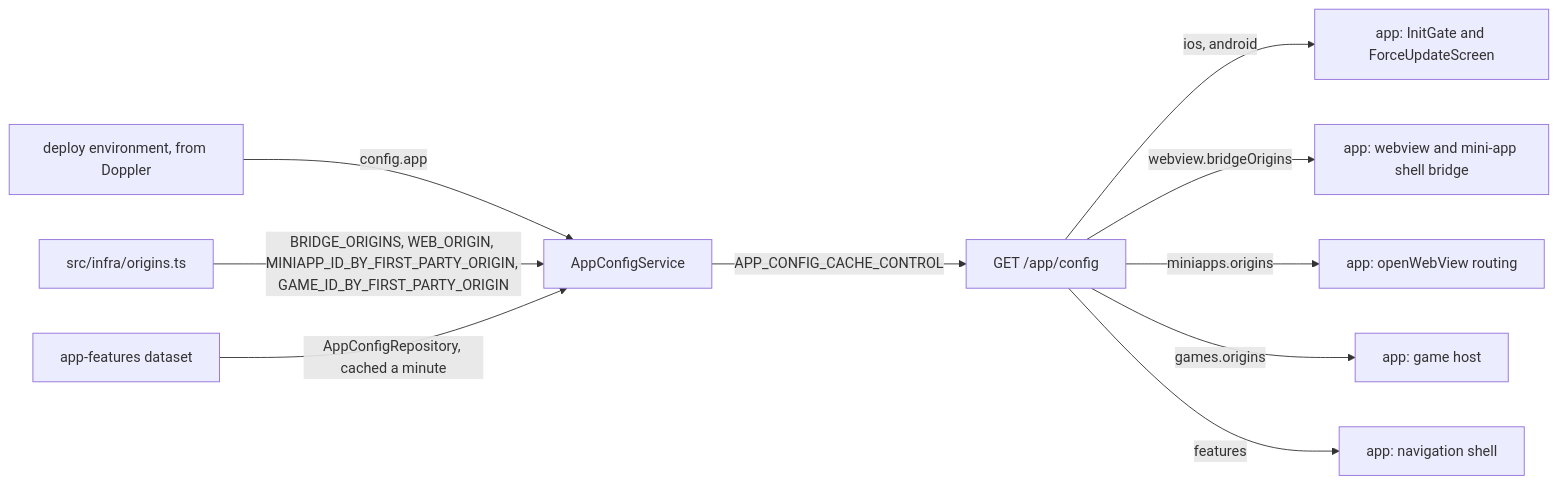
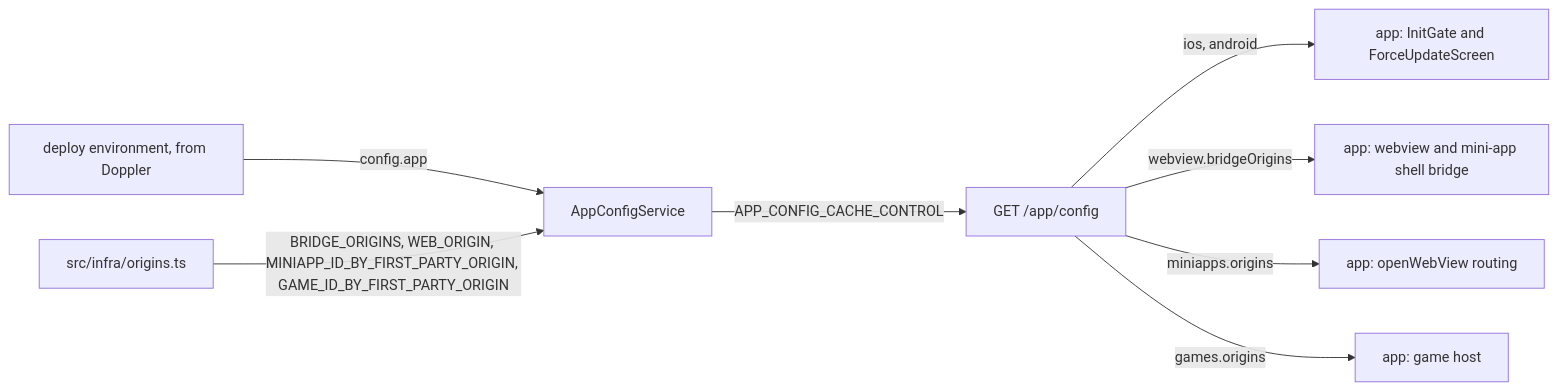
One commit to skkuverse/skkuverse-server changed the diagram in docs/explanation/app-config-architecture.md. Above: the diagram before and after it, drawn with Mermaid. The commit also changed other lines of this file and 22 other files, not shown here.

Commit message:
feat(app-config)!: retire the sharedMapShell kill switch and stop serving features

````diff
--- a/docs/explanation/app-config-architecture.md
+++ b/docs/explanation/app-config-architecture.md
@@ -42,12 +40,10 @@
 ```mermaid
 flowchart LR
   env["deploy environment, from Doppler"] -->|config.app| svc["AppConfigService"]
   origins["src/infra/origins.ts"] -->|BRIDGE_ORIGINS, WEB_ORIGIN, MINIAPP_ID_BY_FIRST_PARTY_ORIGIN, GAME_ID_BY_FIRST_PARTY_ORIGIN| svc
-  dataset["app-features dataset"] -->|AppConfigRepository, cached a minute| svc
   svc -->|APP_CONFIG_CACHE_CONTROL| route["GET /app/config"]
   route -->|ios, android| gate["app: InitGate and ForceUpdateScreen"]
   route -->|webview.bridgeOrigins| bridge["app: webview and mini-app shell bridge"]
   route -->|miniapps.origins| open["app: openWebView routing"]
   route -->|games.origins| games["app: game host"]
-  route -->|features| shell["app: navigation shell"]
 ```
````
